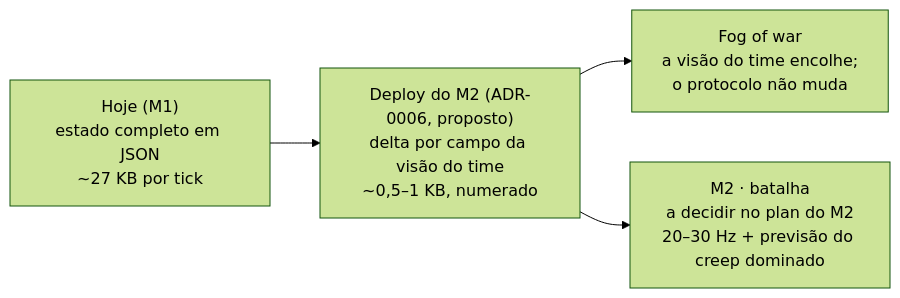
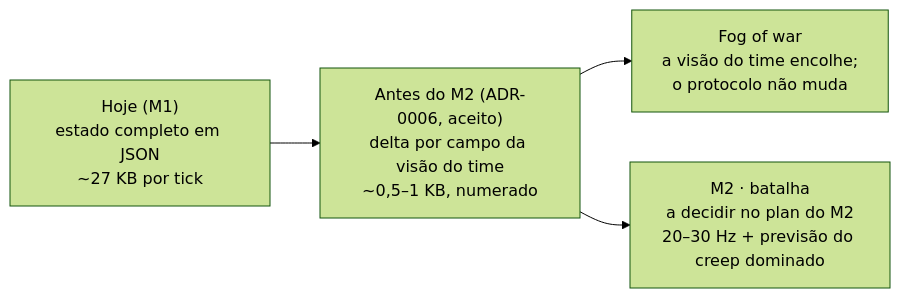
Before and after one commit to eliasfeijo/geometrix: the seventh of 8 diagrams in docs/OVERVIEW.md, drawn with Mermaid (forest theme). The commit also changed other lines of this file and 4 other files, not shown here.

````diff
--- a/docs/OVERVIEW.md
+++ b/docs/OVERVIEW.md
@@ -450,6 +451,6 @@
 ```mermaid
 flowchart LR
-    A["Hoje (M1)<br/>estado completo em JSON<br/>~27 KB por tick"] --> B["Deploy do M2 (ADR-0006, proposto)<br/>delta por campo da visão do time<br/>~0,5–1 KB, numerado"]
+    A["Hoje (M1)<br/>estado completo em JSON<br/>~27 KB por tick"] --> B["Antes do M2 (ADR-0006, aceito)<br/>delta por campo da visão do time<br/>~0,5–1 KB, numerado"]
     B --> D["Fog of war<br/>a visão do time encolhe;<br/>o protocolo não muda"]
     B --> C["M2 · batalha<br/>a decidir no plan do M2<br/>20–30 Hz + previsão do creep dominado"]
 ```
````
